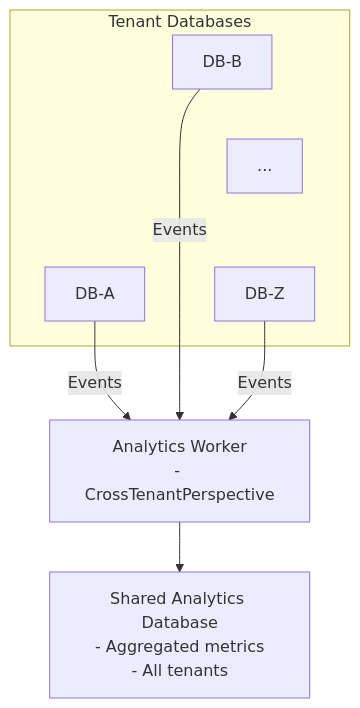
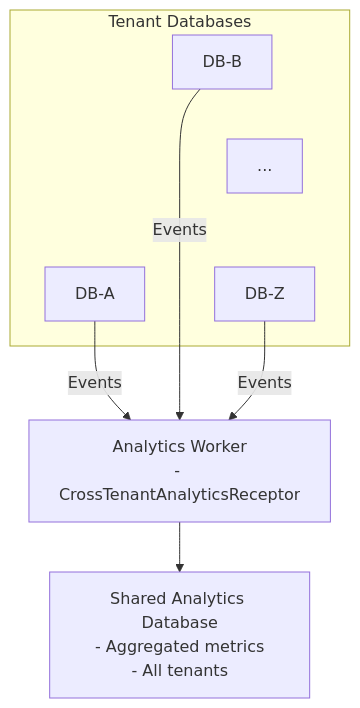
One commit to whizbang-lib/whizbang-lib.github.io changed the second of 2 diagrams in src/assets/docs/v1.0.0/fundamentals/security/multi-tenancy.md. Above: the diagram before and after it, drawn with Mermaid. The commit also changed other lines of this file and 14 other files, not shown here.

````diff
--- a/src/assets/docs/v1.0.0/fundamentals/security/multi-tenancy.md
+++ b/src/assets/docs/v1.0.0/fundamentals/security/multi-tenancy.md
@@ -532,19 +540,19 @@
 ```mermaid
 flowchart TD
     subgraph Tenants["Tenant Databases"]
         DBA["DB-A"]
         DBB["DB-B"]
         Dots["..."]
         DBZ["DB-Z"]
         DBB ~~~ Dots
         Dots ~~~ DBZ
     end
 
-    Worker["Analytics Worker<br/>- CrossTenantPerspective"]
+    Worker["Analytics Worker<br/>- CrossTenantAnalyticsReceptor"]
     Shared["Shared Analytics Database<br/>- Aggregated metrics<br/>- All tenants"]
 
     DBA -->|"Events"| Worker
     DBB -->|"Events"| Worker
     DBZ -->|"Events"| Worker
     Worker --> Shared
 ```
````
